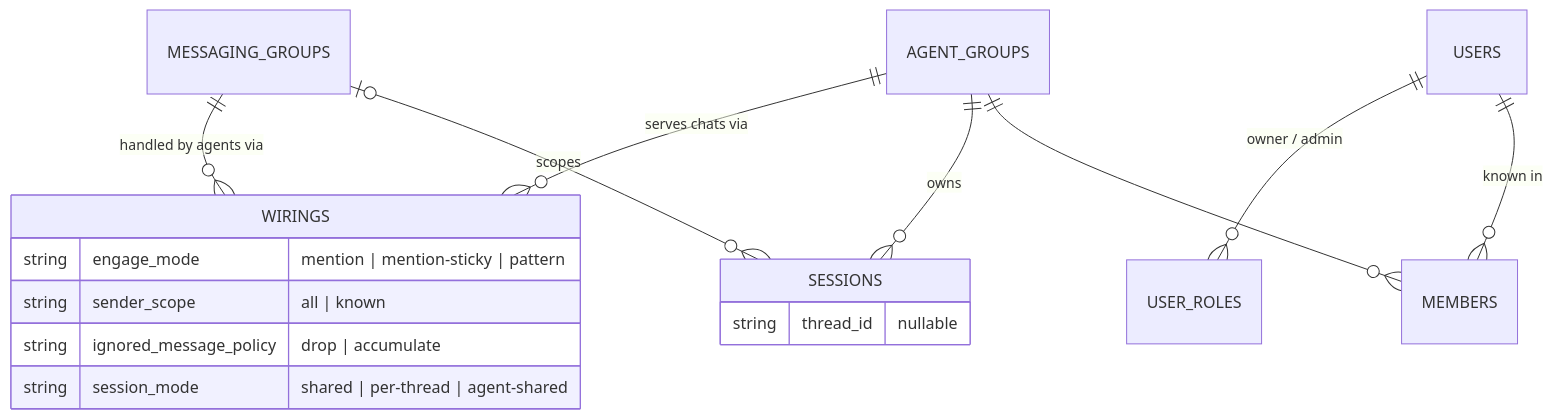
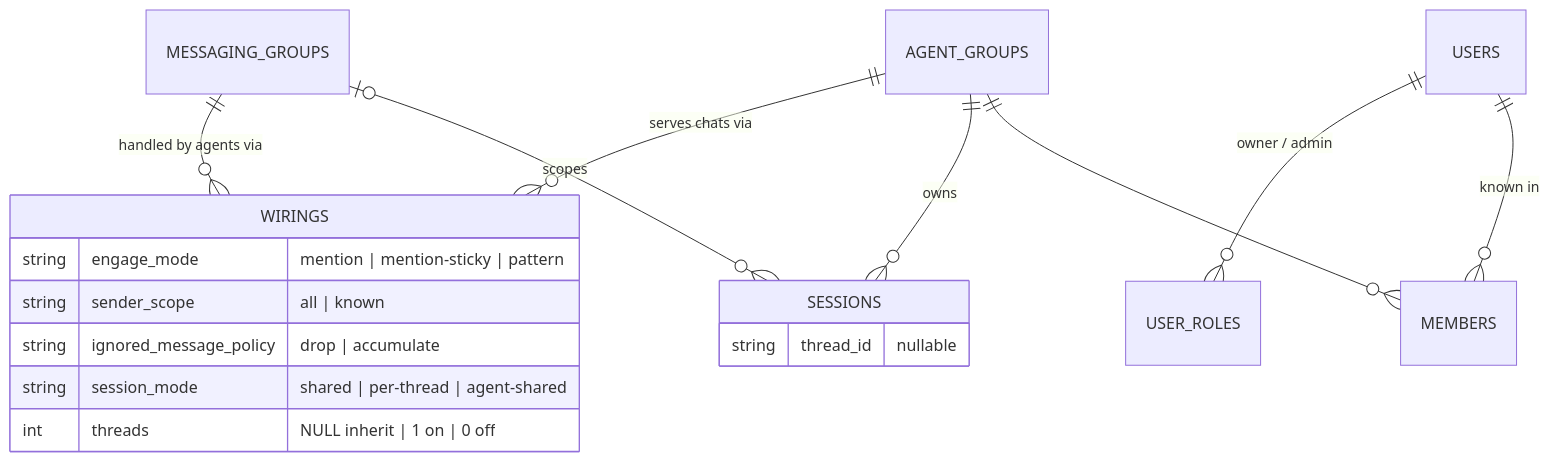
The diagram in concepts/entity-model.mdx (glifocat/nanoclaw-docs), drawn with Mermaid before and after one commit. The commit also changed other lines of this file and 5 other files, not shown here.

````diff
--- a/concepts/entity-model.mdx
+++ b/concepts/entity-model.mdx
@@ -11,19 +11,20 @@
 ```mermaid
 erDiagram
     AGENT_GROUPS ||--o{ WIRINGS : "serves chats via"
     MESSAGING_GROUPS ||--o{ WIRINGS : "handled by agents via"
     AGENT_GROUPS ||--o{ SESSIONS : owns
     MESSAGING_GROUPS |o--o{ SESSIONS : scopes
     USERS ||--o{ USER_ROLES : "owner / admin"
     USERS ||--o{ MEMBERS : "known in"
     AGENT_GROUPS ||--o{ MEMBERS : ""
     WIRINGS {
         string engage_mode "mention | mention-sticky | pattern"
         string sender_scope "all | known"
         string ignored_message_policy "drop | accumulate"
         string session_mode "shared | per-thread | agent-shared"
+        int threads "NULL inherit | 1 on | 0 off"
     }
     SESSIONS {
         string thread_id "nullable"
     }
 ```
````
